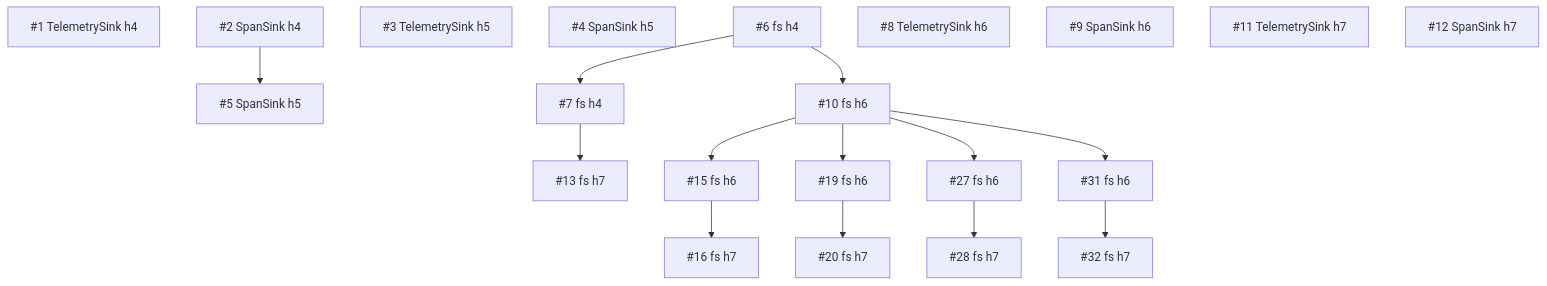
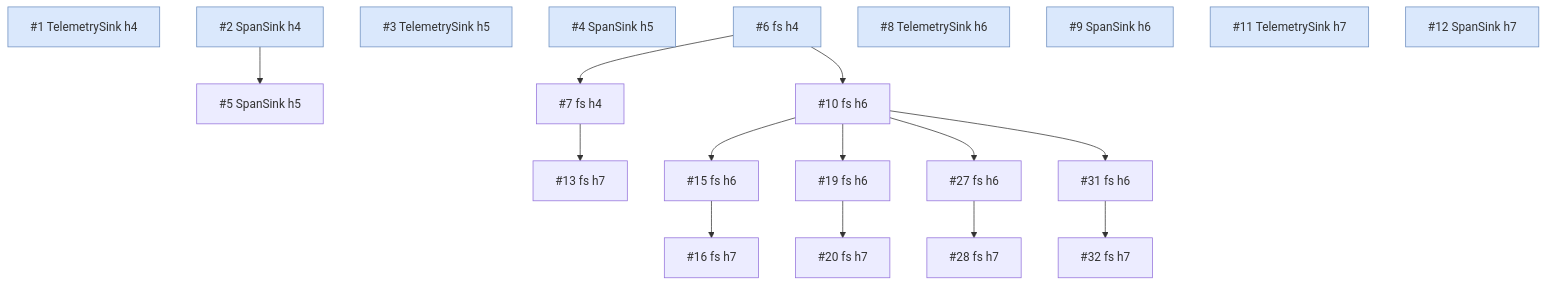
Before and after one commit to chloebrett/snitchos: the diagram in docs/generated/caps.md, drawn with Mermaid. The commit also changed 3 other files, not shown here.

Commit message:
Caps diagram: highlight root caps.

````diff
--- a/docs/generated/caps.md
+++ b/docs/generated/caps.md
@@ -5,36 +5,38 @@
 ```mermaid
 graph TD
     cap1["#1 TelemetrySink h4"]
     cap2["#2 SpanSink h4"]
     cap3["#3 TelemetrySink h5"]
     cap4["#4 SpanSink h5"]
     cap5["#5 SpanSink h5"]
     cap6["#6 fs h4"]
     cap7["#7 fs h4"]
     cap8["#8 TelemetrySink h6"]
     cap9["#9 SpanSink h6"]
     cap10["#10 fs h6"]
     cap11["#11 TelemetrySink h7"]
     cap12["#12 SpanSink h7"]
     cap13["#13 fs h7"]
     cap15["#15 fs h6"]
     cap16["#16 fs h7"]
     cap19["#19 fs h6"]
     cap20["#20 fs h7"]
     cap27["#27 fs h6"]
     cap28["#28 fs h7"]
     cap31["#31 fs h6"]
     cap32["#32 fs h7"]
     cap2 --> cap5
     cap6 --> cap7
     cap6 --> cap10
     cap7 --> cap13
     cap10 --> cap15
     cap15 --> cap16
     cap10 --> cap19
     cap19 --> cap20
     cap10 --> cap27
     cap27 --> cap28
     cap10 --> cap31
     cap31 --> cap32
+    classDef root fill:#dae8fc,stroke:#6c8ebf;
+    class cap1,cap2,cap3,cap4,cap6,cap8,cap9,cap11,cap12 root;
 ```
````
